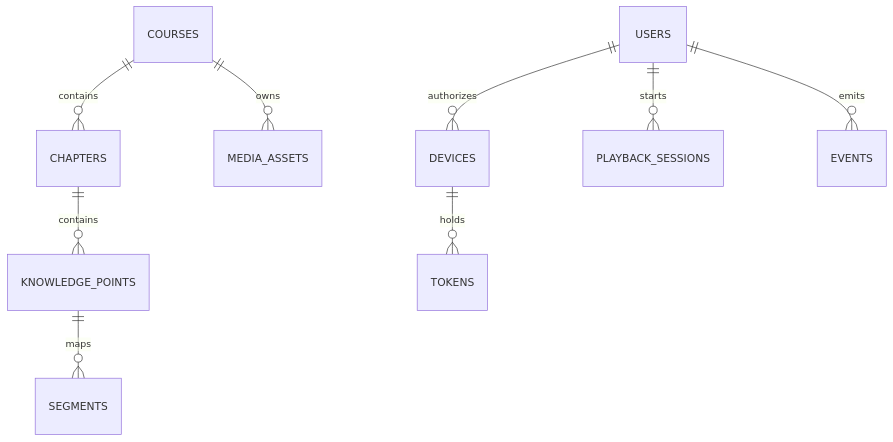
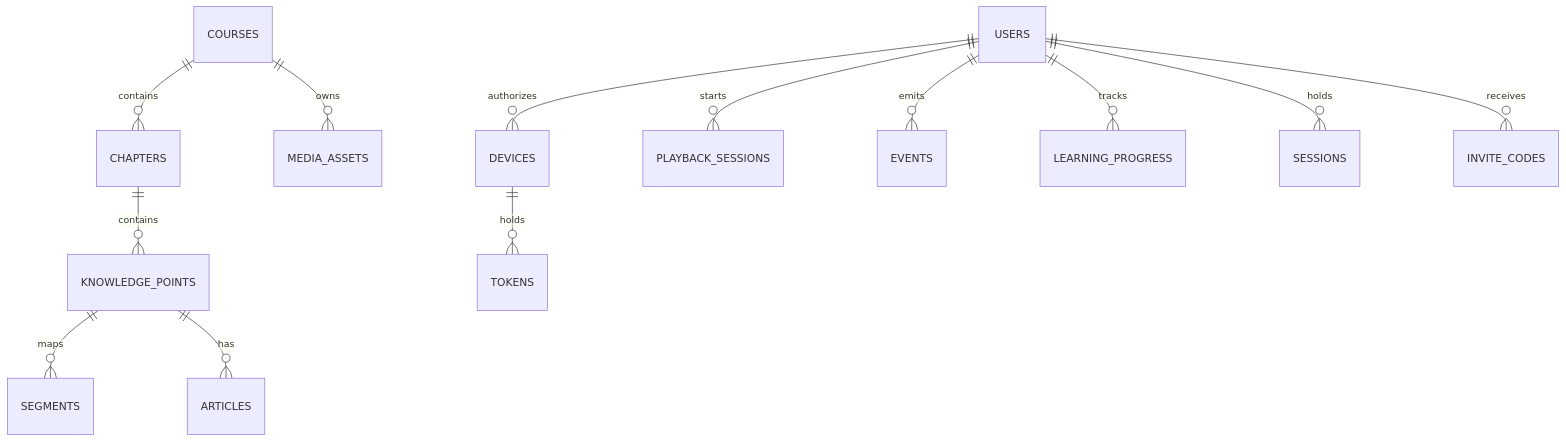
Before and after one commit to domonic18/trend-coach-cloud: the second of 4 diagrams in docs/architecture/architecture-design.md, drawn with Mermaid. The commit also changed other lines of this file and 8 other files, not shown here.

````diff
--- a/docs/architecture/architecture-design.md
+++ b/docs/architecture/architecture-design.md
@@ -118,11 +118,15 @@
 ```mermaid
 erDiagram
   COURSES ||--o{ CHAPTERS : contains
   CHAPTERS ||--o{ KNOWLEDGE_POINTS : contains
   KNOWLEDGE_POINTS ||--o{ SEGMENTS : maps
   COURSES ||--o{ MEDIA_ASSETS : owns
   USERS ||--o{ DEVICES : authorizes
   DEVICES ||--o{ TOKENS : holds
   USERS ||--o{ PLAYBACK_SESSIONS : starts
   USERS ||--o{ EVENTS : emits
+  KNOWLEDGE_POINTS ||--o{ ARTICLES : has
+  USERS ||--o{ LEARNING_PROGRESS : tracks
+  USERS ||--o{ SESSIONS : holds
+  USERS ||--o{ INVITE_CODES : receives
 ```
````
